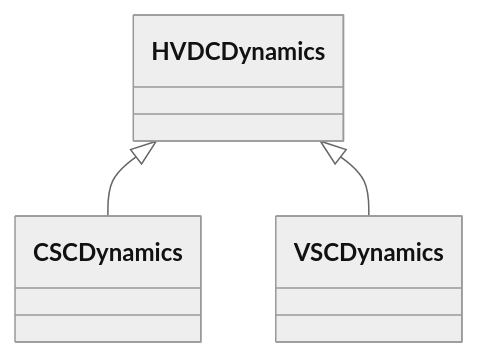
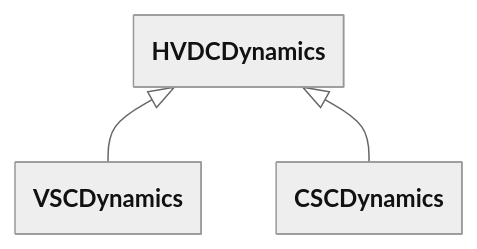
Before and after one commit to cim-cgmes/cim-cgmes.github.io: the diagram in pages/docs/Profiles/Package_HVDCDynamics.md, drawn with Mermaid (neutral theme). The commit also changed 561 other files, not shown here.

````diff
--- a/pages/docs/Profiles/Package_HVDCDynamics.md
+++ b/pages/docs/Profiles/Package_HVDCDynamics.md
@@ -5,5 +5,10 @@
 ```mermaid
+---
+  config:
+    class:
+      hideEmptyMembersBox: true
+---
 classDiagram
+    HVDCDynamics <|-- VSCDynamics
     HVDCDynamics <|-- CSCDynamics
-    HVDCDynamics <|-- VSCDynamics
 ```
````
